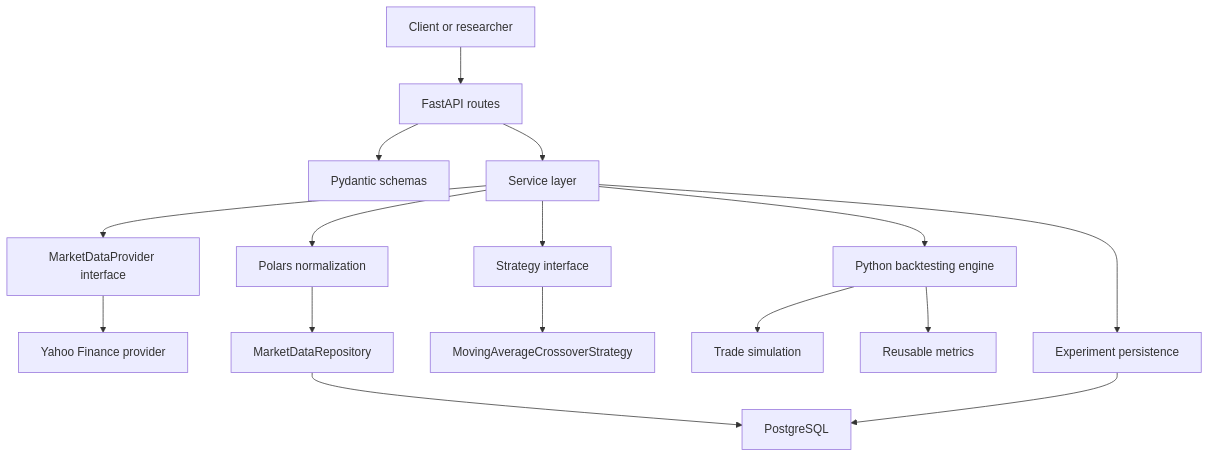
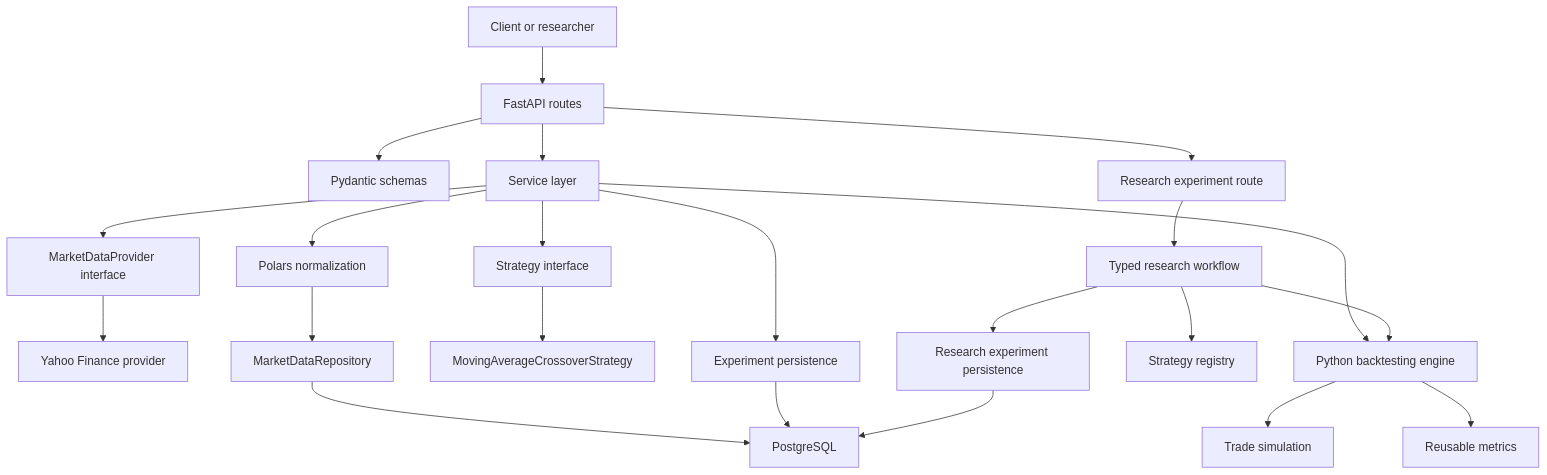
Before and after one commit to ompatelz/Mercury-Trading: the diagram in README.md, drawn with Mermaid. The commit also changed other lines of this file and 21 other files, not shown here.

Commit message:
Add Phase 3 research workflow

````diff
--- a/README.md
+++ b/README.md
@@ -31,18 +36,24 @@
 ```mermaid
 flowchart TD
     Client["Client or researcher"] --> API["FastAPI routes"]
     API --> Schemas["Pydantic schemas"]
     API --> Services["Service layer"]
     Services --> Provider["MarketDataProvider interface"]
     Provider --> Yahoo["Yahoo Finance provider"]
     Services --> Normalize["Polars normalization"]
     Normalize --> MarketRepo["MarketDataRepository"]
     MarketRepo --> DB["PostgreSQL"]
     Services --> Strategy["Strategy interface"]
     Strategy --> MACross["MovingAverageCrossoverStrategy"]
     Services --> Engine["Python backtesting engine"]
     Engine --> Trades["Trade simulation"]
     Engine --> Metrics["Reusable metrics"]
     Services --> Experiments["Experiment persistence"]
     Experiments --> DB
+    API --> Research["Research experiment route"]
+    Research --> Workflow["Typed research workflow"]
+    Workflow --> Registry["Strategy registry"]
+    Workflow --> Engine
+    Workflow --> ResearchDB["Research experiment persistence"]
+    ResearchDB --> DB
 ```
````
